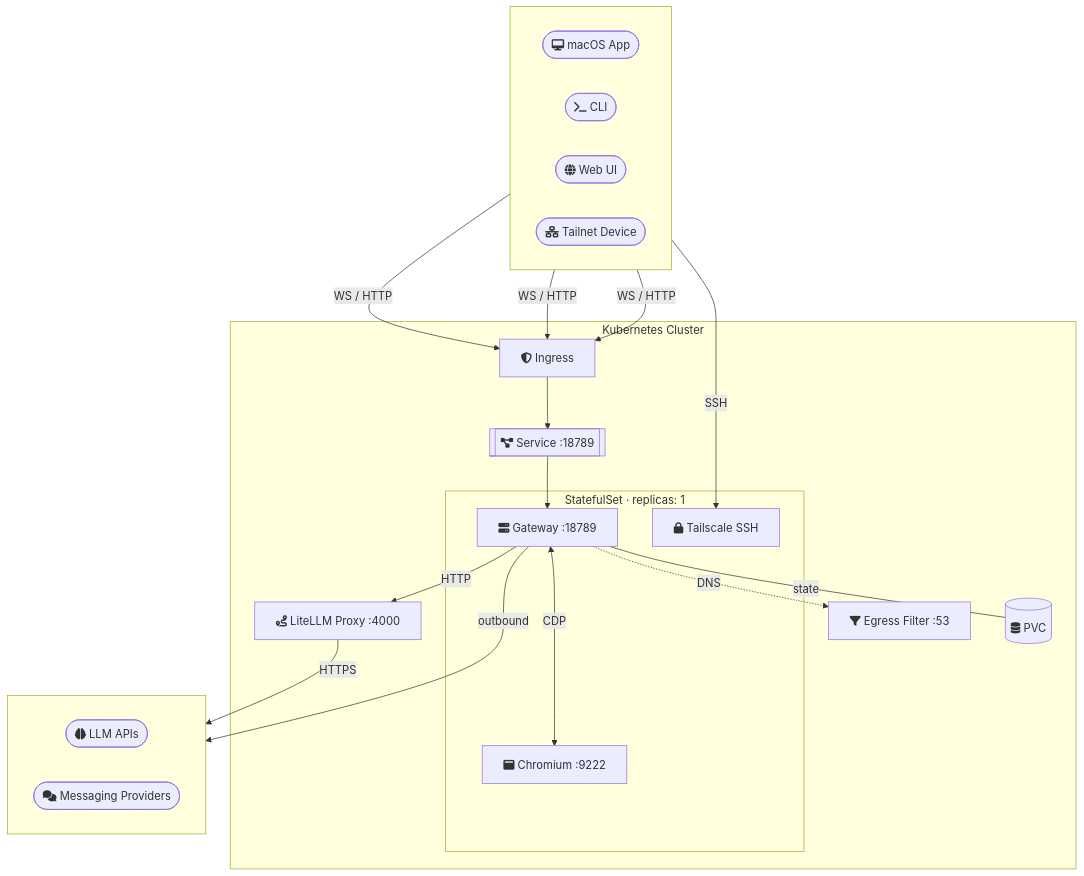
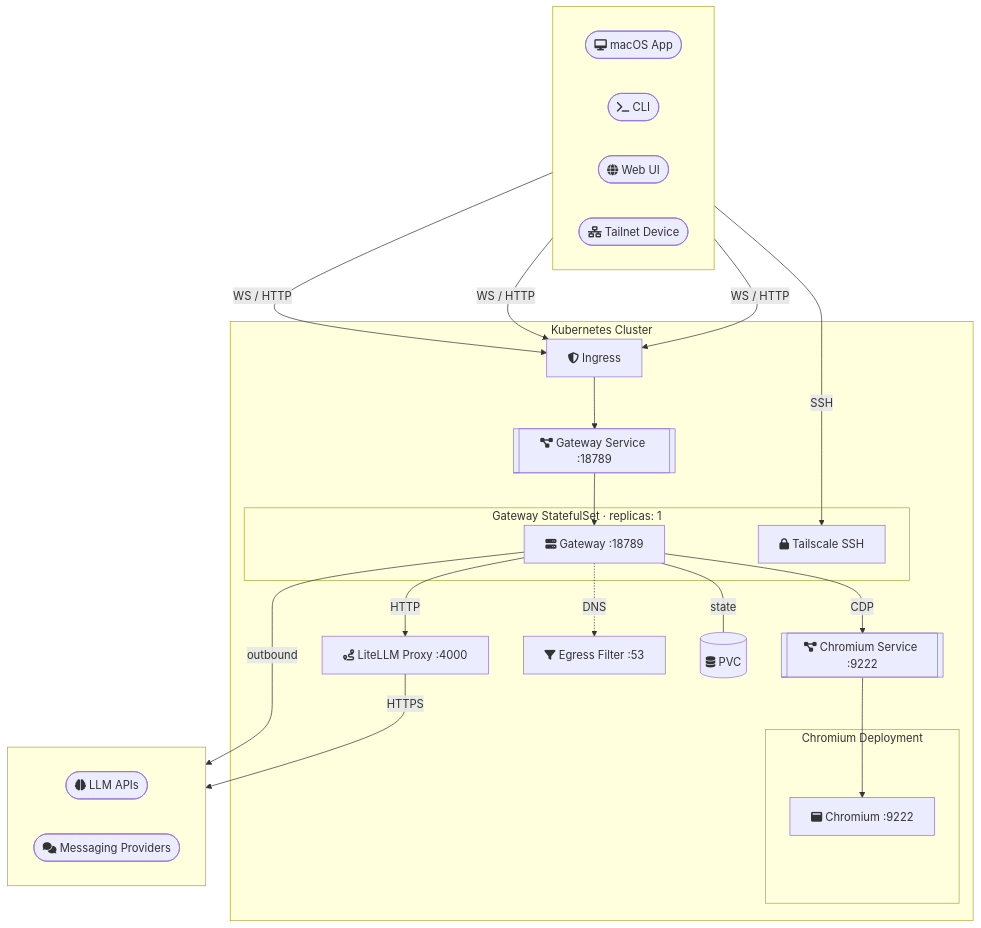
Before and after one commit to iMerica/kubeclaw: the diagram in README.md, drawn with Mermaid. The commit also changed other lines of this file, not shown here.

````diff
--- a/README.md
+++ b/README.md
@@ -48,41 +48,45 @@
 ```mermaid
 graph TB
     subgraph clients [" "]
         direction LR
         app([fa:fa-desktop macOS App])
         cli([fa:fa-terminal CLI])
         web([fa:fa-globe Web UI])
         tsdevice([fa:fa-network-wired Tailnet Device])
     end
 
     subgraph cluster ["Kubernetes Cluster"]
         ingress[fa:fa-shield-halved Ingress]
 
-        subgraph pod ["StatefulSet · replicas: 1"]
+        subgraph gwpod ["Gateway StatefulSet · replicas: 1"]
             gw[fa:fa-server Gateway :18789]
-            chrome[fa:fa-window-maximize Chromium :9222]
             ts[fa:fa-lock Tailscale SSH]
         end
 
-        svc[[fa:fa-diagram-project Service :18789]]
+        subgraph chromepod ["Chromium Deployment"]
+            chrome[fa:fa-window-maximize Chromium :9222]
+        end
+
+        svc[[fa:fa-diagram-project Gateway Service :18789]]
+        chromesvc[[fa:fa-diagram-project Chromium Service :9222]]
         litellm[fa:fa-route LiteLLM Proxy :4000]
         egressfilter[fa:fa-filter Egress Filter :53]
         pvc[(fa:fa-database PVC)]
     end
 
     subgraph external [" "]
         direction LR
         llm([fa:fa-brain LLM APIs])
         msg([fa:fa-comments Messaging Providers])
     end
 
     app & cli & web -->|WS / HTTP| ingress
     tsdevice -->|SSH| ts
     ingress --> svc --> gw
-    gw <--->|CDP| chrome
+    gw -->|CDP| chromesvc --> chrome
     gw -->|HTTP| litellm
     gw -.->|DNS| egressfilter
     gw ---|state| pvc
     gw -->|outbound| msg
     litellm -->|HTTPS| llm
 ```
````
